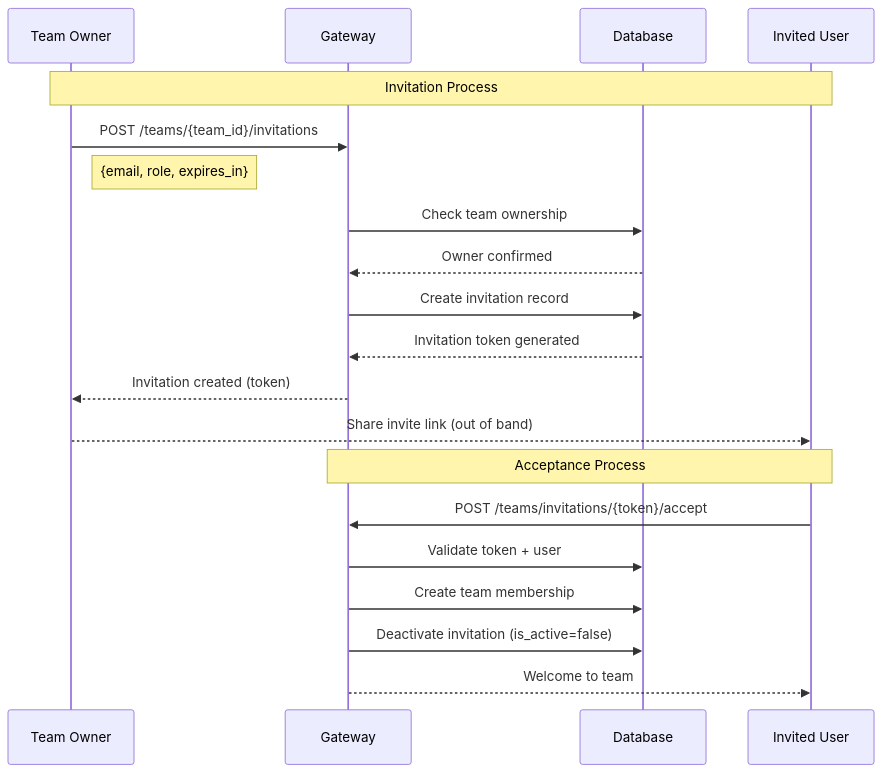
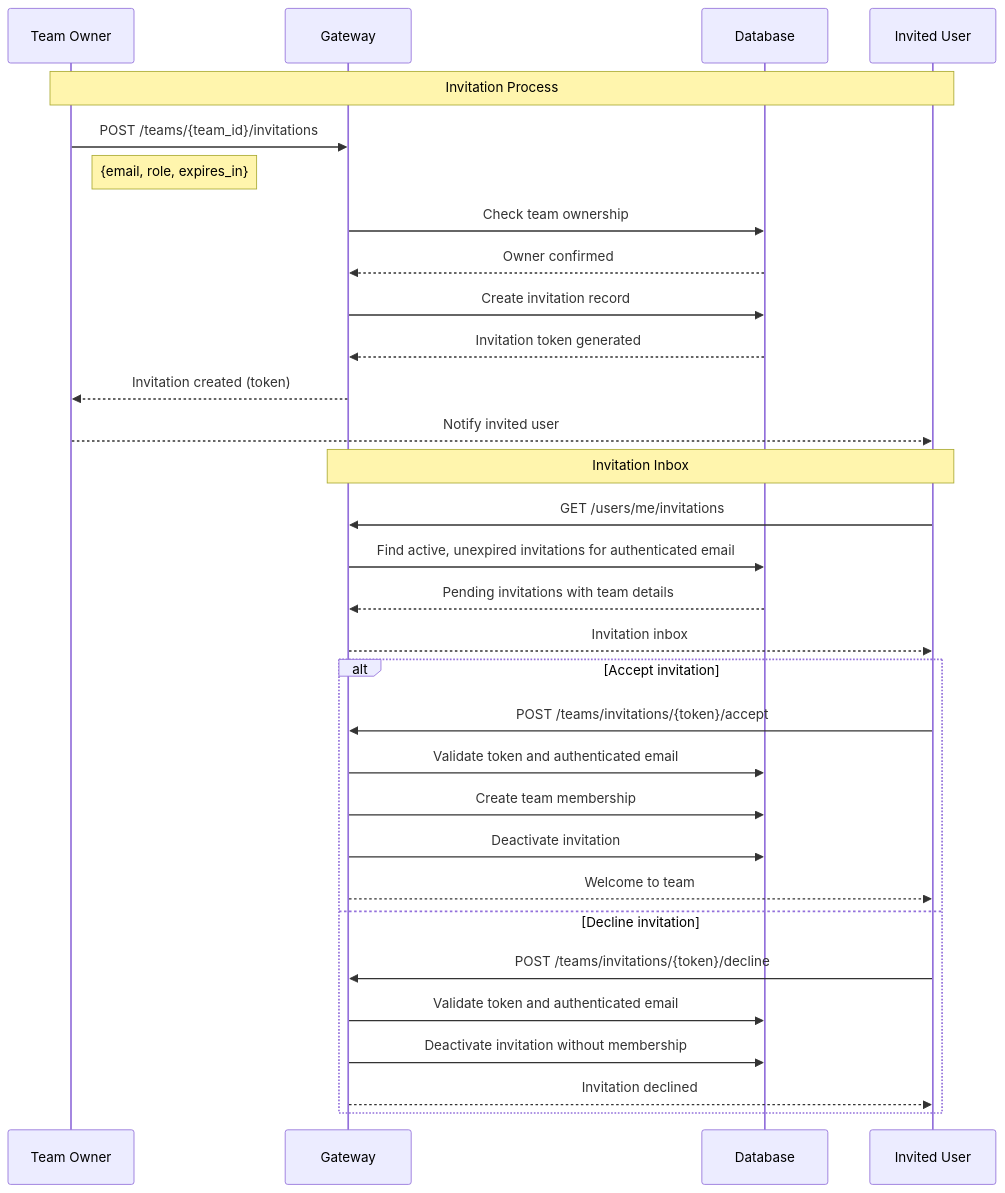
One commit to brian-hussey/mcp-context-forge changed the fifth of 16 diagrams in docs/docs/architecture/multitenancy.md. Above: the diagram before and after it, drawn with Mermaid. The commit also changed 16 other files, not shown here.

````diff
--- a/docs/docs/architecture/multitenancy.md
+++ b/docs/docs/architecture/multitenancy.md
@@ -239,27 +239,39 @@
 ```mermaid
 sequenceDiagram
     participant O as Team Owner
     participant G as Gateway
     participant DB as Database
     participant I as Invited User
 
     Note over O,I: Invitation Process
     O->>G: POST /teams/{team_id}/invitations
     Note right of O: {email, role, expires_in}
 
     G->>DB: Check team ownership
     DB-->>G: Owner confirmed
 
     G->>DB: Create invitation record
     DB-->>G: Invitation token generated
 
     G-->>O: Invitation created (token)
-    O-->>I: Share invite link (out of band)
+    O-->>I: Notify invited user
 
-    Note over I,G: Acceptance Process
-    I->>G: POST /teams/invitations/{token}/accept
-    G->>DB: Validate token + user
-    G->>DB: Create team membership
-    G->>DB: Deactivate invitation (is_active=false)
-    G-->>I: Welcome to team
+    Note over I,G: Invitation Inbox
+    I->>G: GET /users/me/invitations
+    G->>DB: Find active, unexpired invitations for authenticated email
+    DB-->>G: Pending invitations with team details
+    G-->>I: Invitation inbox
+
+    alt Accept invitation
+        I->>G: POST /teams/invitations/{token}/accept
+        G->>DB: Validate token and authenticated email
+        G->>DB: Create team membership
+        G->>DB: Deactivate invitation
+        G-->>I: Welcome to team
+    else Decline invitation
+        I->>G: POST /teams/invitations/{token}/decline
+        G->>DB: Validate token and authenticated email
+        G->>DB: Deactivate invitation without membership
+        G-->>I: Invitation declined
+    end
 ```
````
